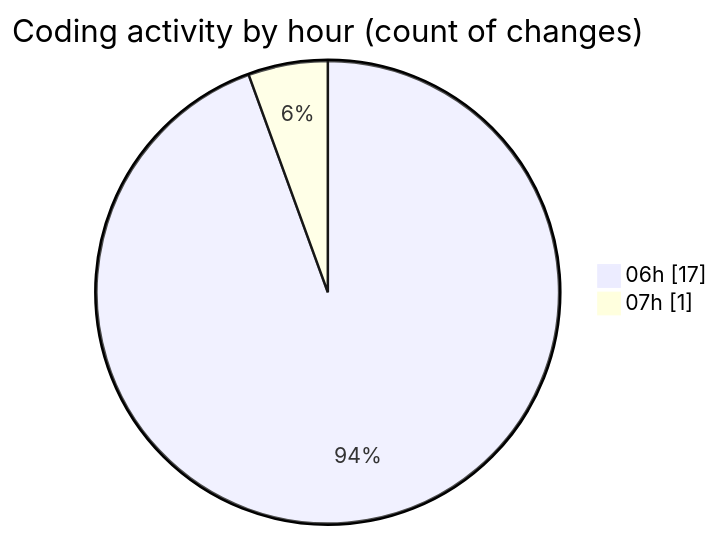
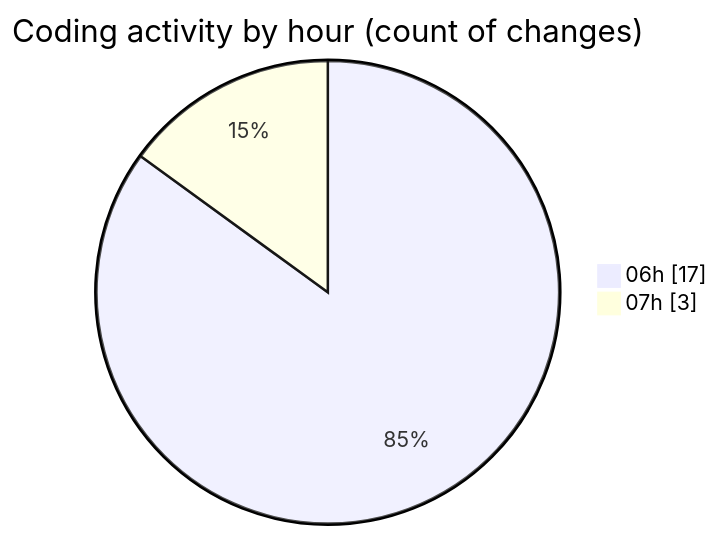
Before and after one commit to robertbonfada/code-tracking: the second of 2 diagrams in 2025-02-25/mbc-web/README.md, drawn with Mermaid. The commit also changed other lines of this file and 1 other file, not shown here.

````diff
--- a/2025-02-25/mbc-web/README.md
+++ b/2025-02-25/mbc-web/README.md
@@ -32,6 +32,6 @@
 ```mermaid
 pie showData
 title Coding activity by hour (count of changes)
 "06h" : 17
-"07h" : 1
+"07h" : 3
 ```
````
